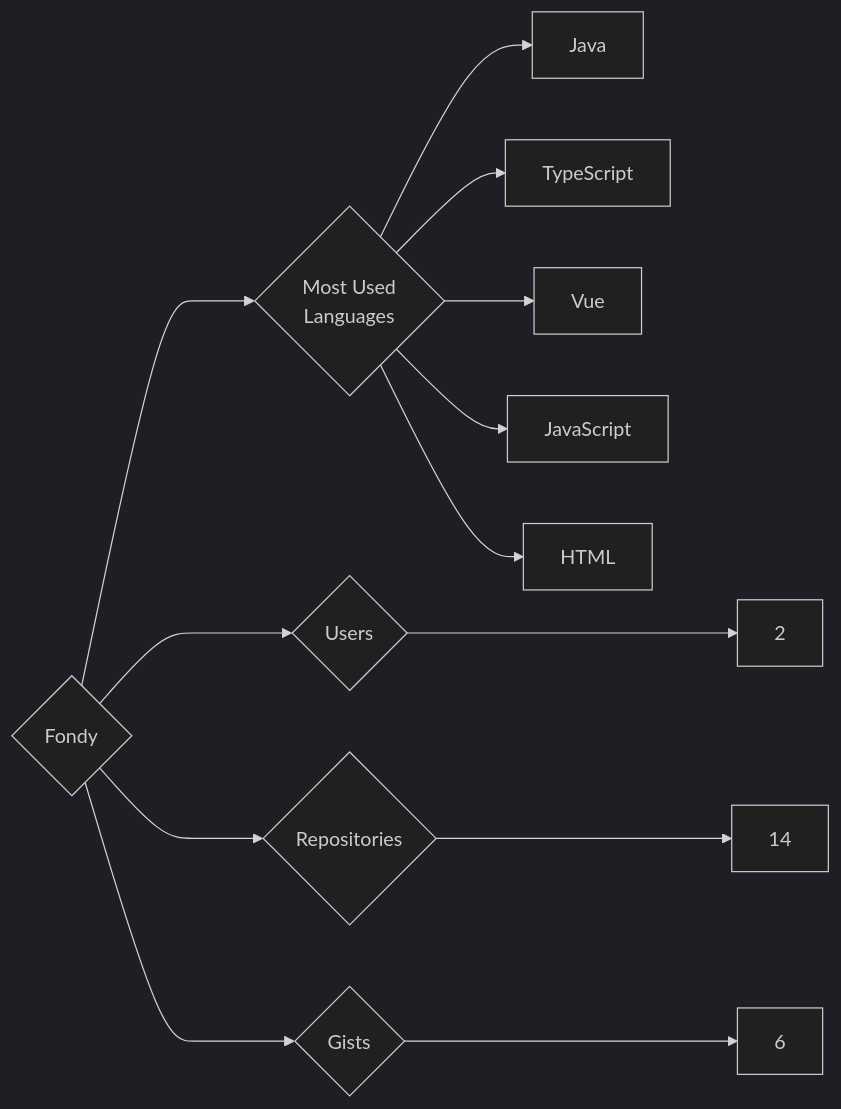
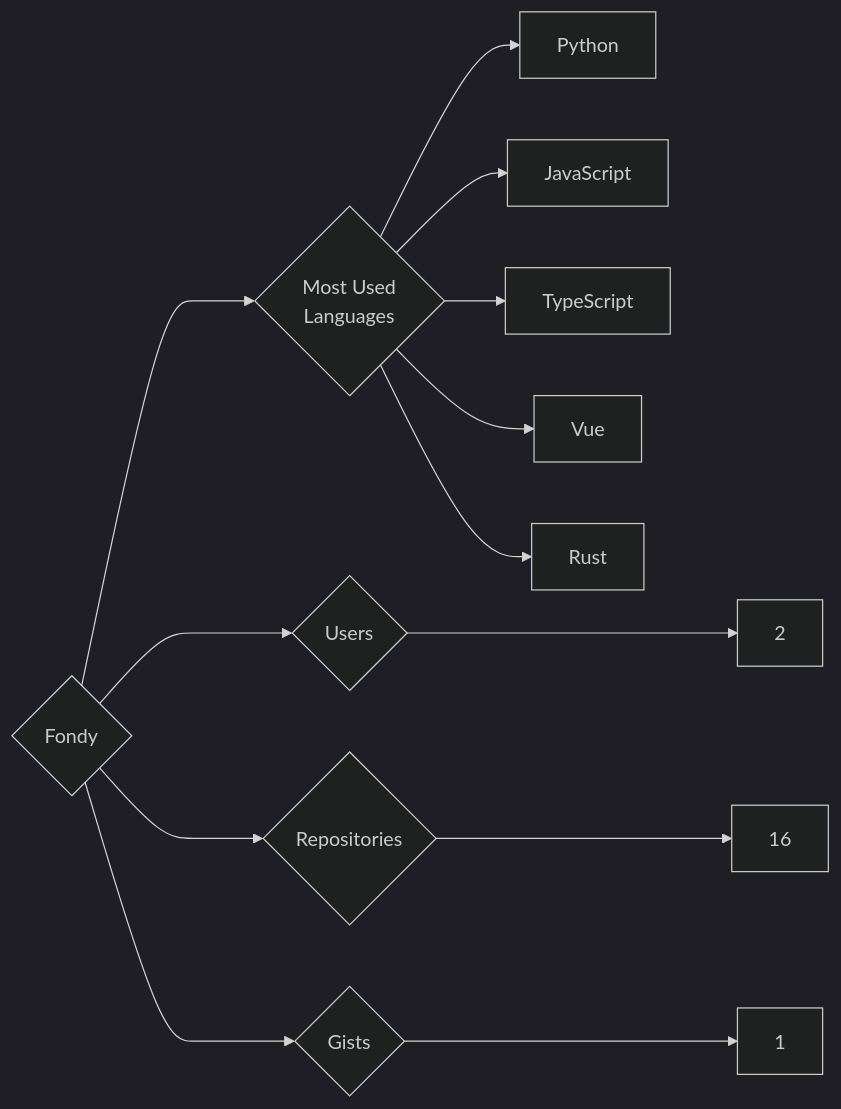
The diagram in targets/Fondy/README.md (trickest/insiders), drawn with Mermaid (dark theme) before and after one commit. The commit also changed 1088 other files, not shown here.

````diff
--- a/targets/Fondy/README.md
+++ b/targets/Fondy/README.md
@@ -3,13 +3,13 @@
 ```mermaid
 graph LR
 COMPANY_NAME{Fondy}
 COMPANY_NAME ---> U{Users} ---> UN[2]
-COMPANY_NAME ---> R{Repositories} ---> RN[14]
-COMPANY_NAME ---> G{Gists} ---> GN[6]
+COMPANY_NAME ---> R{Repositories} ---> RN[16]
+COMPANY_NAME ---> G{Gists} ---> GN[1]
 COMPANY_NAME ---> ML{Most Used<br>Languages}
-ML --> Java[Java]
+ML --> Python[Python]
+ML --> JavaScript[JavaScript]
 ML --> TypeScript[TypeScript]
 ML --> Vue[Vue]
-ML --> JavaScript[JavaScript]
-ML --> HTML[HTML]
+ML --> Rust[Rust]
 ```
````
